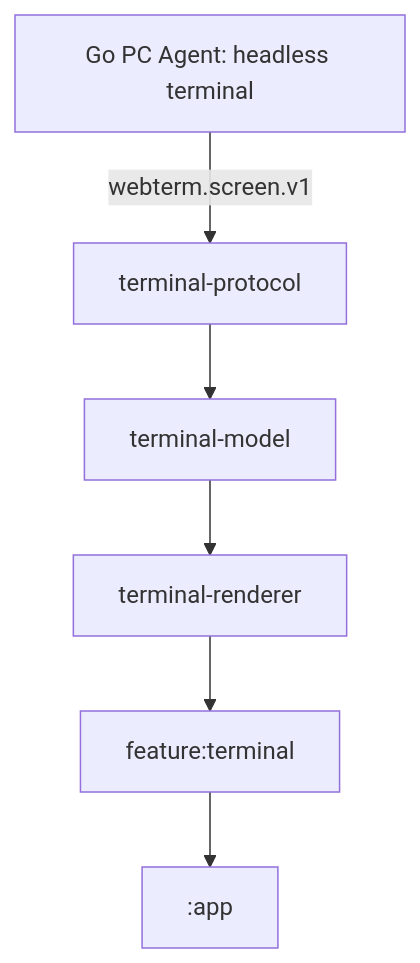
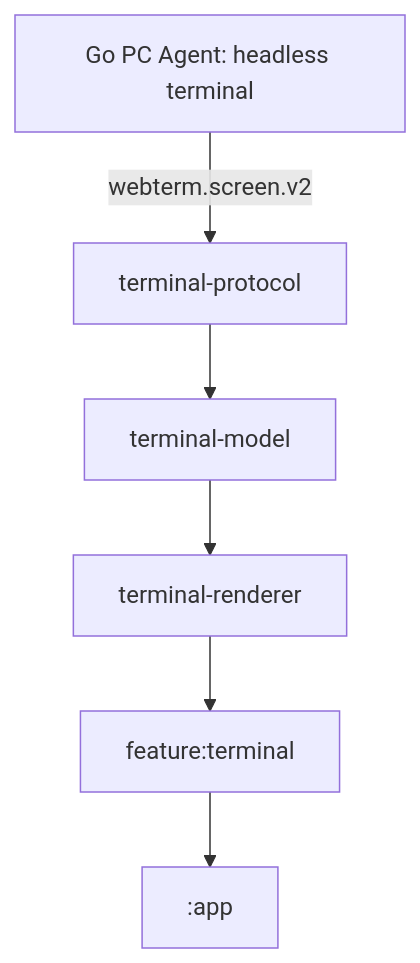
Before and after one commit to mgao92131-commits/webterm: the diagram in android-client/README.md, drawn with Mermaid. The commit also changed other lines of this file and 170 other files, not shown here.

Commit message:
feat(protocol): migrate to terminal_screen_v2 protobuf and implement paged history

````diff
--- a/android-client/README.md
+++ b/android-client/README.md
@@ -23,8 +23,8 @@
 ```mermaid
 graph TD
-    Go[Go PC Agent: headless terminal] -->|webterm.screen.v1| Protocol[terminal-protocol]
+    Go[Go PC Agent: headless terminal] -->|webterm.screen.v2| Protocol[terminal-protocol]
     Protocol --> Model[terminal-model]
     Model --> Renderer[terminal-renderer]
     Renderer --> Feature[feature:terminal]
     Feature --> App[:app]
 ```
````
